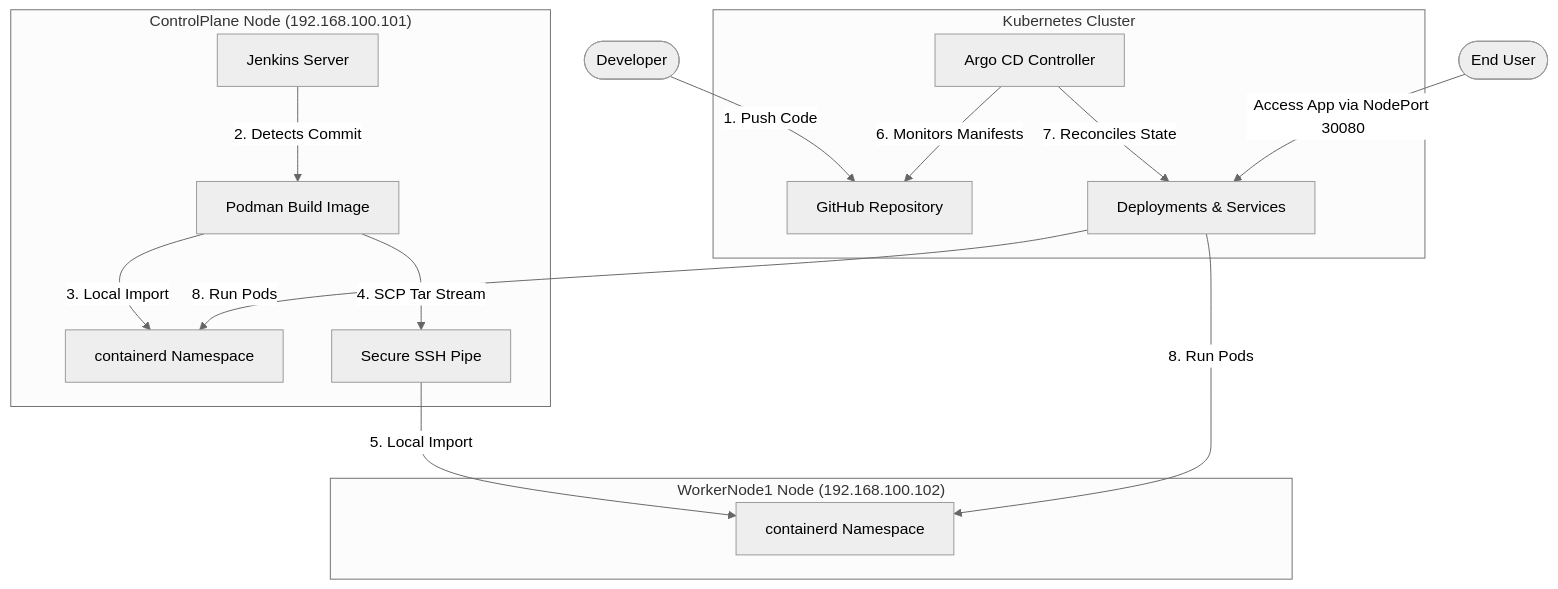
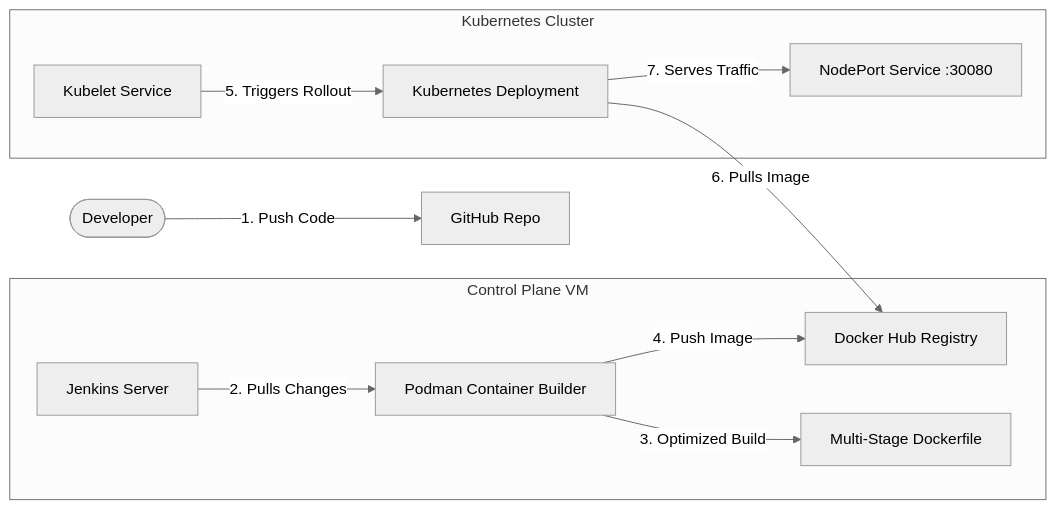
The diagram in README.md (Venuvgp19/badminton-rotator-app), drawn with Mermaid (neutral theme) before and after one commit. The commit also changed other lines of this file, not shown here.

Commit message:
Update README.md with architecture and troubleshooting documentation

````diff
--- a/README.md
+++ b/README.md
@@ -11,28 +20,16 @@
 ```mermaid
-graph TD
-    %% Developer Actions
-    Dev([Developer]) -->|1. Push Code| Git[GitHub Repository]
+graph LR
+    Dev([Developer]) -->|1. Push Code| GitHub[GitHub Repo]
     
-    %% CI Pipeline (Jenkins)
-    subgraph ControlPlaneVM ["ControlPlane Node (192.168.100.101)"]
-        Jenkins[Jenkins Server] -->|2. Detects Commit| Build[Podman Build Image]
-        Build -->|3. Local Import| K8sCP[containerd Namespace]
-        Build -->|4. SCP Tar Stream| SSH[Secure SSH Pipe]
+    subgraph Control Plane VM
+        Jenkins[Jenkins Server] -->|2. Pulls Changes| Podman[Podman Container Builder]
+        Podman -->|3. Optimized Build| Dockerfile[Multi-Stage Dockerfile]
+        Podman -->|4. Push Image| DockerHub[Docker Hub Registry]
     end
 
-    %% Worker Node Image Import
-    subgraph WorkerNodeVM ["WorkerNode1 Node (192.168.100.102)"]
-        SSH -->|5. Local Import| K8sWorker[containerd Namespace]
+    subgraph Kubernetes Cluster
+        Kubelet[Kubelet Service] -->|5. Triggers Rollout| Deploy[Kubernetes Deployment]
+        Deploy -->|6. Pulls Image| DockerHub
+        Deploy -->|7. Serves Traffic| Service[NodePort Service :30080]
     end
-
-    %% GitOps CD Loop
-    subgraph KubernetesCluster ["Kubernetes Cluster"]
-        ArgoCD[Argo CD Controller] -->|6. Monitors Manifests| Git
-        ArgoCD -->|7. Reconciles State| Deployments[Deployments & Services]
-        Deployments -->|8. Run Pods| K8sCP
-        Deployments -->|8. Run Pods| K8sWorker
-    end
-
-    %% Client Access
-    User([End User]) -->|Access App via NodePort 30080| Deployments
 ```
````
